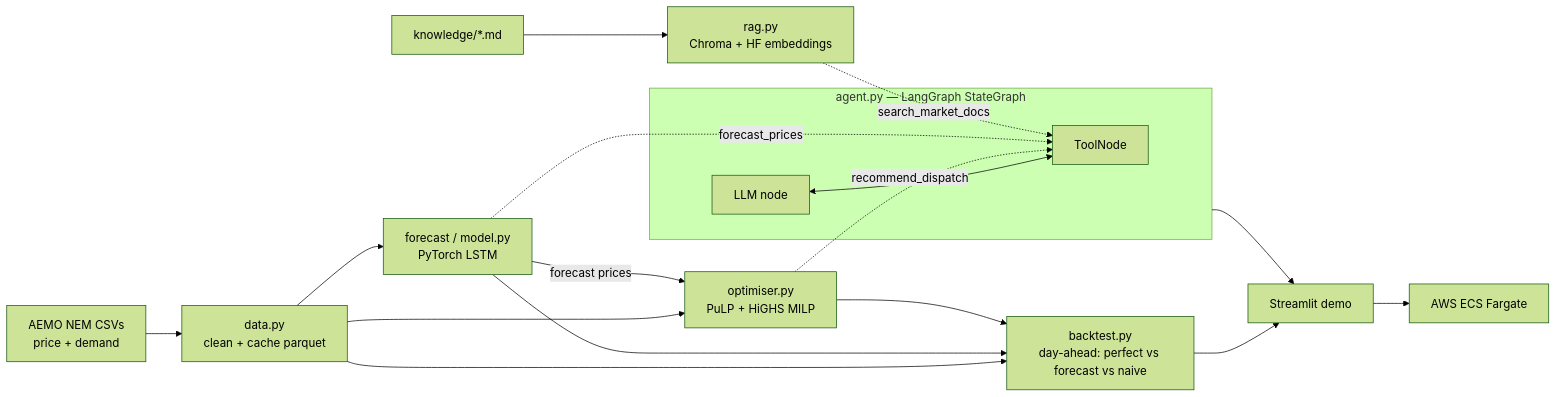
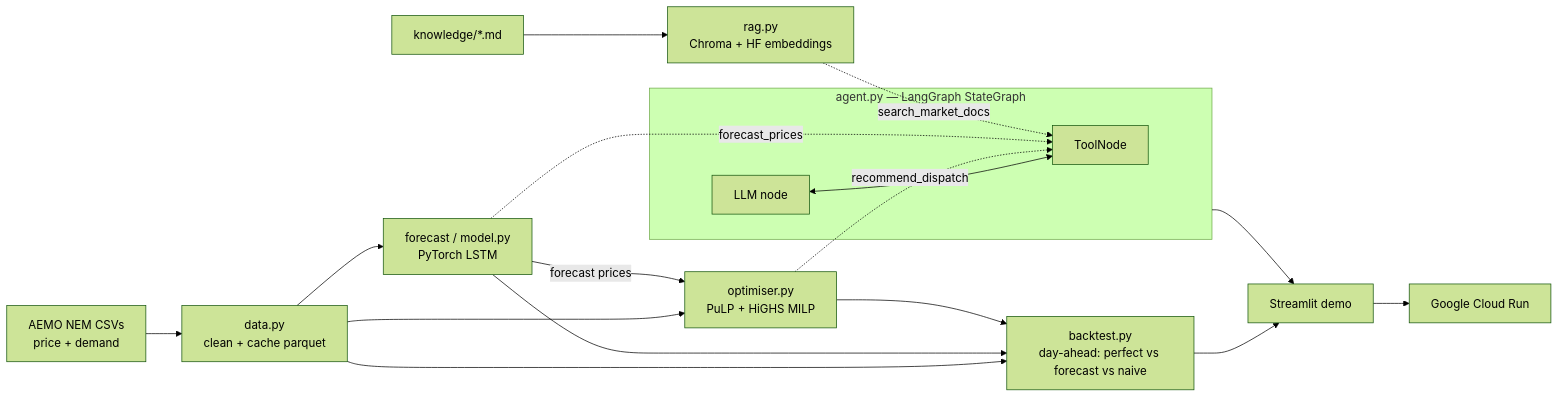
One commit to KevinBean/bess-dispatch-optimiser changed the diagram in README.md. Above: the diagram before and after it, drawn with Mermaid (forest theme). The commit also changed other lines of this file and 1 other file, not shown here.

````diff
--- a/README.md
+++ b/README.md
@@ -39,22 +42,22 @@
 ```mermaid
 flowchart LR
     AEMO[AEMO NEM CSVs\nprice + demand] --> DATA[data.py\nclean + cache parquet]
     DATA --> FC[forecast / model.py\nPyTorch LSTM]
     DATA --> OPT[optimiser.py\nPuLP + HiGHS MILP]
     FC -- forecast prices --> OPT
     DATA --> BT[backtest.py\nday-ahead: perfect vs forecast vs naive]
     FC --> BT
     OPT --> BT
     DOCS[knowledge/*.md] --> RAG[rag.py\nChroma + HF embeddings]
 
     subgraph Agent [agent.py — LangGraph StateGraph]
         LLM[LLM node] <--> TOOLS[ToolNode]
     end
     OPT -. recommend_dispatch .-> TOOLS
     FC -. forecast_prices .-> TOOLS
     RAG -. search_market_docs .-> TOOLS
 
     Agent --> UI[Streamlit demo]
     BT --> UI
-    UI --> ECS[AWS ECS Fargate]
+    UI --> RUN[Google Cloud Run]
 ```
````
